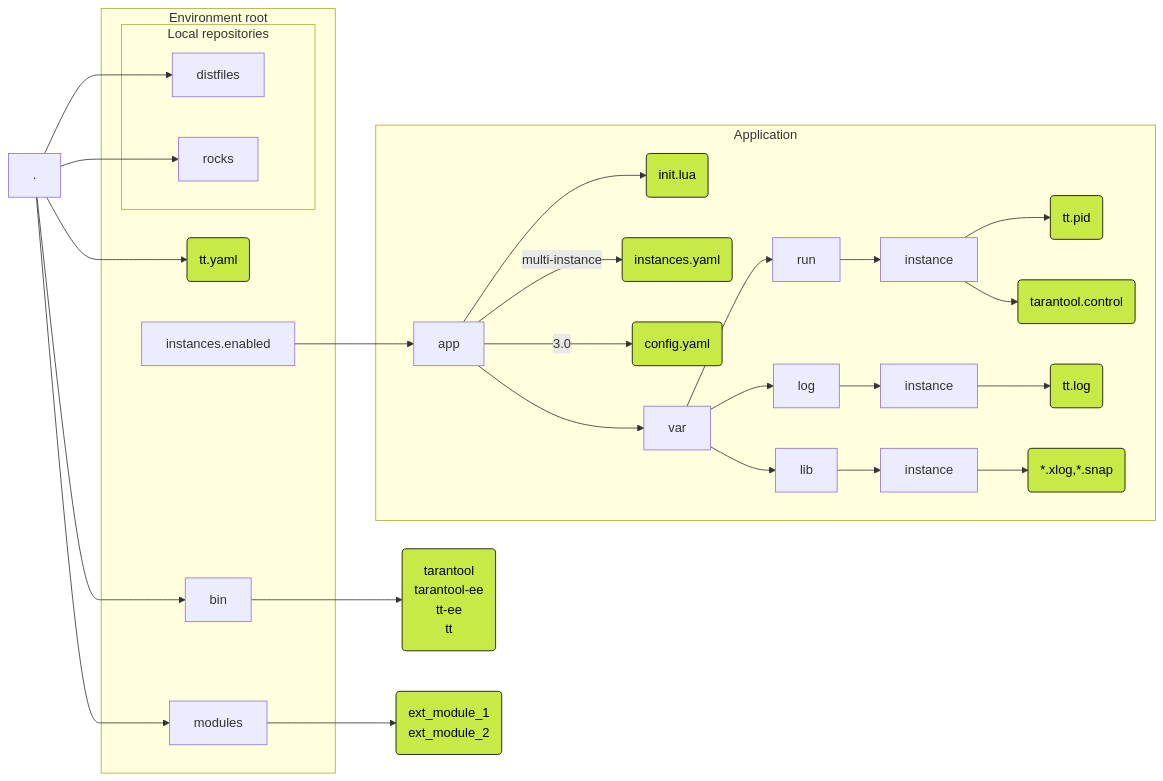
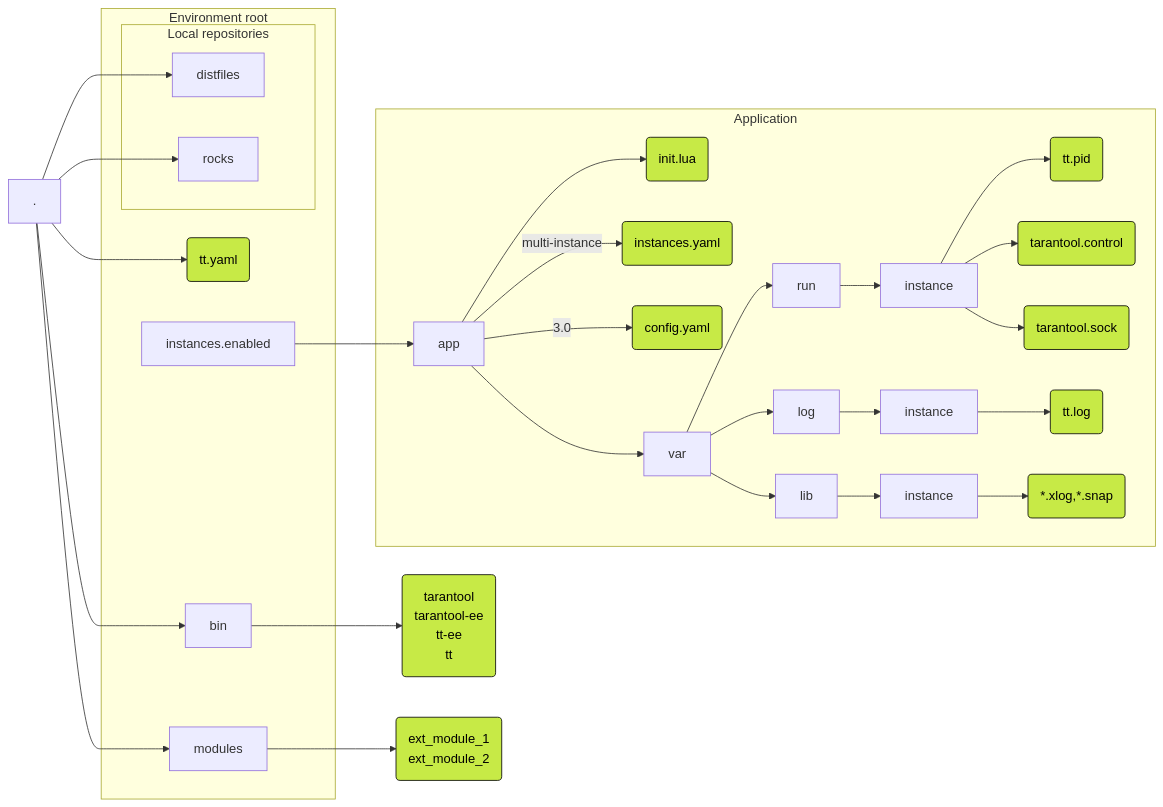
One commit to tarantool/tt changed the diagram in README.md. Above: the diagram before and after it, drawn with Mermaid. The commit also changed 14 other files, not shown here.

````diff
--- a/README.md
+++ b/README.md
@@ -61,43 +61,44 @@
 ```mermaid
 graph LR
     %% Colors %%
     classDef lime fill:#C7EA46,stroke:#000,color:#000
 
     subgraph dot[Environment root]
       config
       bin
       modules
       local_reps
       inst_enabled[instances.enabled]
     end
     subgraph local_reps[Local repositories]
       dist[distfiles]
       rocks[rocks]
     end
     subgraph app1_files[Application]
         app_dir[app]
         app_dir --> init(init.lua):::lime
         app_dir --> |multi-instance|instances(instances.yaml):::lime
         app_dir --> |3.0|cluster_config(config.yaml):::lime
         app_dir --> var[var]
         var --> run[run] --> inst11[instance]
         inst11 --> pid1(tt.pid):::lime
         inst11 --> control1(tarantool.control):::lime
+        inst11 --> binary1(tarantool.sock):::lime
 
         var --> log1[log] --> inst12[instance] --> logfile1(tt.log):::lime
 
         var --> lib1[lib] --> inst13[instance]--> xlogs1(*.xlog,*.snap):::lime
     end
 
     root[.] --> config(tt.yaml):::lime
 
     bin --> bin_dir(tarantool<br/>tarantool-ee<br/>tt-ee<br/>tt):::lime
     root --> bin[bin]
 
     modules --> modules_dir(ext_module_1<br/>ext_module_2):::lime
     root --> modules[modules]
 
     root --> dist
     root --> rocks
     inst_enabled --> app_dir
 ```
````
